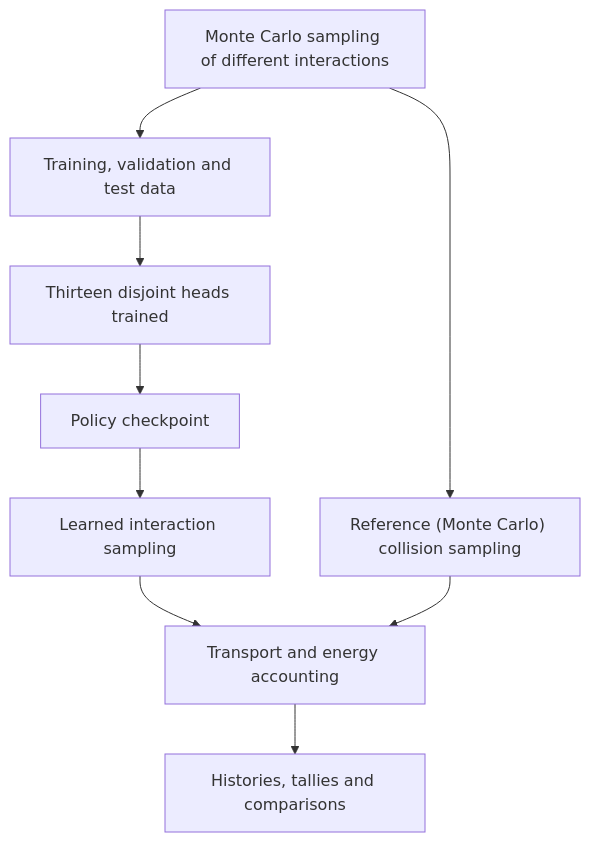
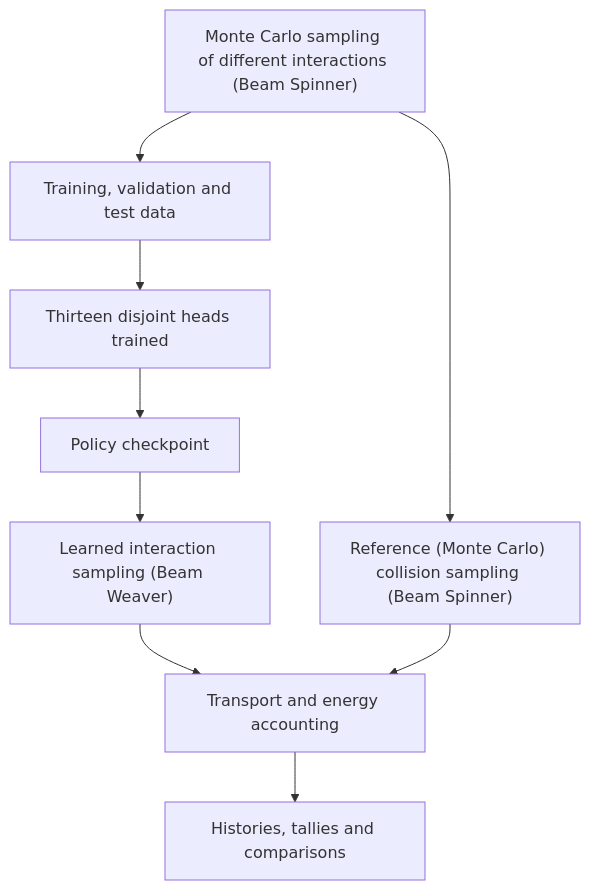
One commit to PedroTelesFCUP/Beam_weaver changed the diagram in docs/architecture.md. Above: the diagram before and after it, drawn with Mermaid.

````diff
--- a/docs/architecture.md
+++ b/docs/architecture.md
@@ -8,11 +8,11 @@
 ```mermaid
 flowchart TD
-    R["Monte Carlo sampling of different interactions"] --> D["Training, validation and test data"]
+    R["Monte Carlo sampling of different interactions (Beam Spinner)"] --> D["Training, validation and test data"]
     D --> T["Thirteen disjoint heads trained"]
     T --> C["Policy checkpoint"]
-    C --> L["Learned interaction sampling"]
-    R --> M["Reference (Monte Carlo) collision sampling"]
+    C --> L["Learned interaction sampling (Beam Weaver)"]
+    R --> M["Reference (Monte Carlo) collision sampling (Beam Spinner)"]
     L --> P["Transport and energy accounting"]
     M --> P
     P --> O["Histories, tallies and comparisons"]
 ```
````
